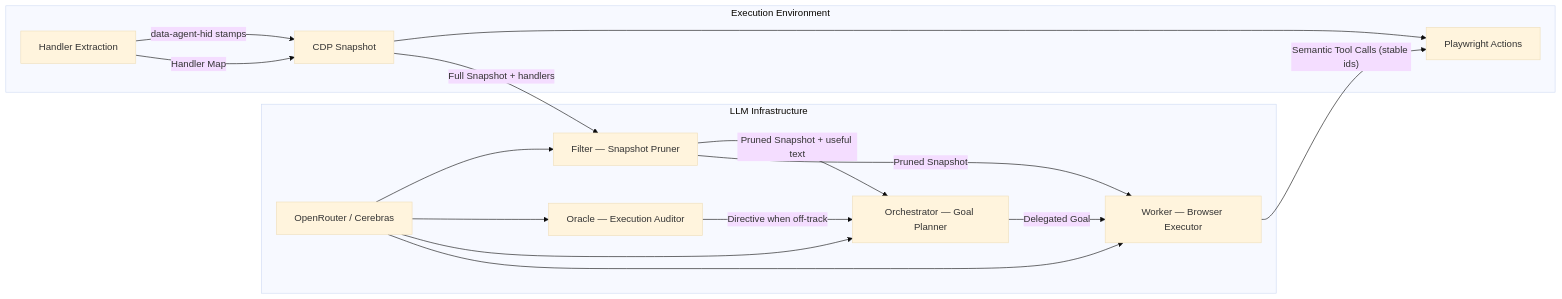
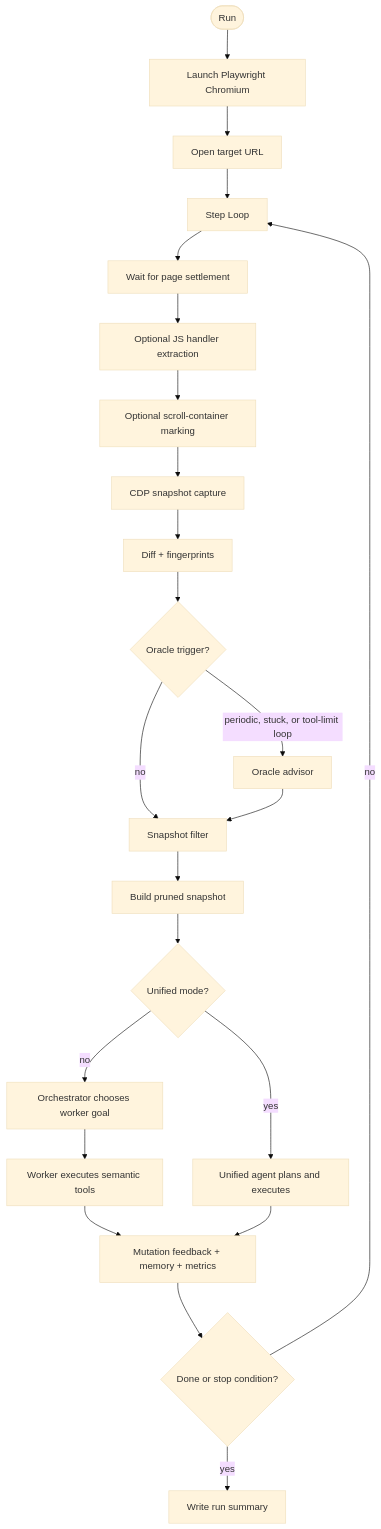
One commit to snehalyelmati/computer-use-perf changed the diagram in README.md. Above: the diagram before and after it, drawn with Mermaid (base theme). The commit also changed other lines of this file and 12 other files, not shown here.

````diff
--- a/README.md
+++ b/README.md
@@ -9,30 +42,31 @@
 ```mermaid
-flowchart LR
-    subgraph LLM[LLM Infrastructure]
-        OR[OpenRouter / Cerebras]
-        FILT[Filter — Snapshot Pruner]
-        ORAC[Oracle — Execution Auditor]
-        ORCH[Orchestrator — Goal Planner]
-        WORK[Worker — Browser Executor]
-        OR --> FILT
-        OR --> ORAC
-        OR --> ORCH
-        OR --> WORK
-    end
+flowchart TD
+    Start([Run]) --> Browser[Launch Playwright Chromium]
+    Browser --> Page[Open target URL]
+    Page --> Step[Step Loop]
 
-    subgraph Browser[Execution Environment]
-        HE[Handler Extraction]
-        CDP[CDP Snapshot]
-        PW[Playwright Actions]
-        HE -->|"data-agent-hid stamps"| CDP
-        CDP --> PW
-    end
+    Step --> Settle[Wait for page settlement]
+    Settle --> Handlers[Optional JS handler extraction]
+    Handlers --> Scroll[Optional scroll-container marking]
+    Scroll --> Snapshot[CDP snapshot capture]
+    Snapshot --> Diff[Diff + fingerprints]
+    Diff --> Oracle{Oracle trigger?}
 
-    HE -->|Handler Map| CDP
-    CDP -->|Full Snapshot + handlers| FILT
-    FILT -->|Pruned Snapshot + useful text| ORCH
-    ORAC -->|Directive when off-track| ORCH
-    ORCH -->|Delegated Goal| WORK
-    FILT -->|Pruned Snapshot| WORK
-    WORK -->|"Semantic Tool Calls (stable ids)"| PW
+    Oracle -->|periodic, stuck, or tool-limit loop| OracleAgent[Oracle advisor]
+    Oracle -->|no| Filter
+    OracleAgent --> Filter[Snapshot filter]
+
+    Filter --> Prune[Build pruned snapshot]
+    Prune --> Mode{Unified mode?}
+
+    Mode -->|no| Orchestrator[Orchestrator chooses worker goal]
+    Orchestrator --> Worker[Worker executes semantic tools]
+
+    Mode -->|yes| Unified[Unified agent plans and executes]
+
+    Worker --> Feedback[Mutation feedback + memory + metrics]
+    Unified --> Feedback
+    Feedback --> Done{Done or stop condition?}
+    Done -->|no| Step
+    Done -->|yes| Summary[Write run summary]
 ```
````
